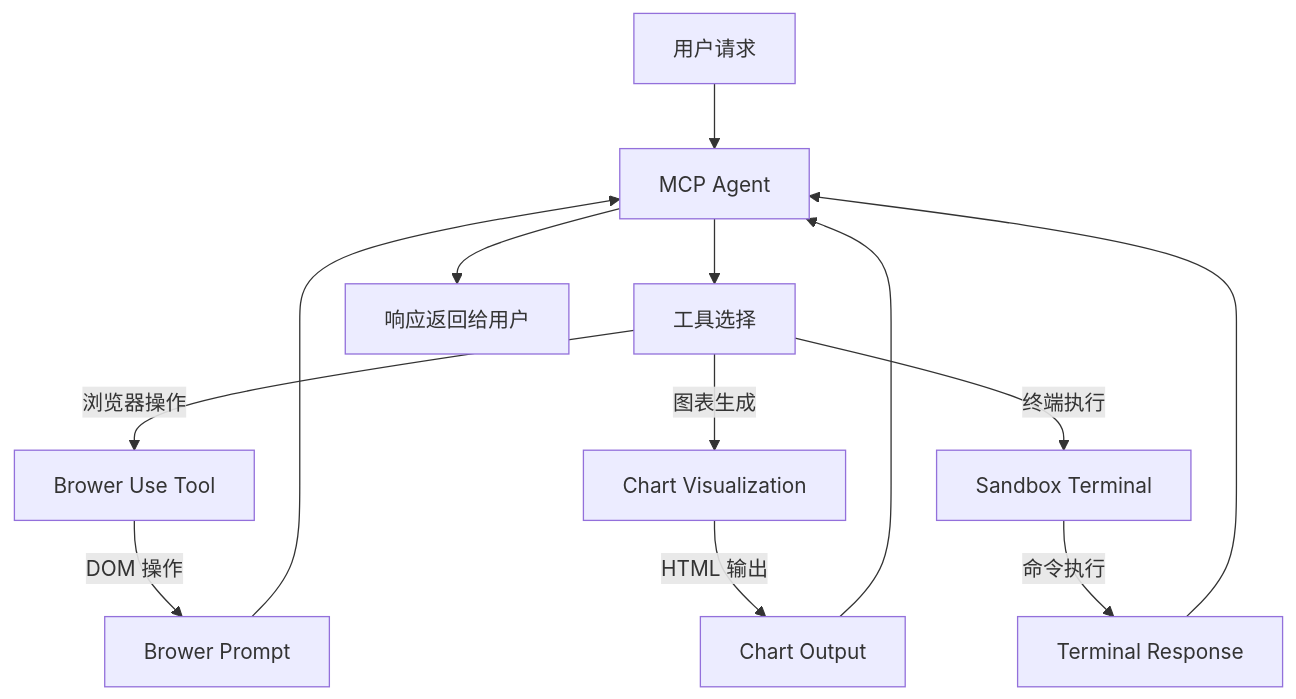
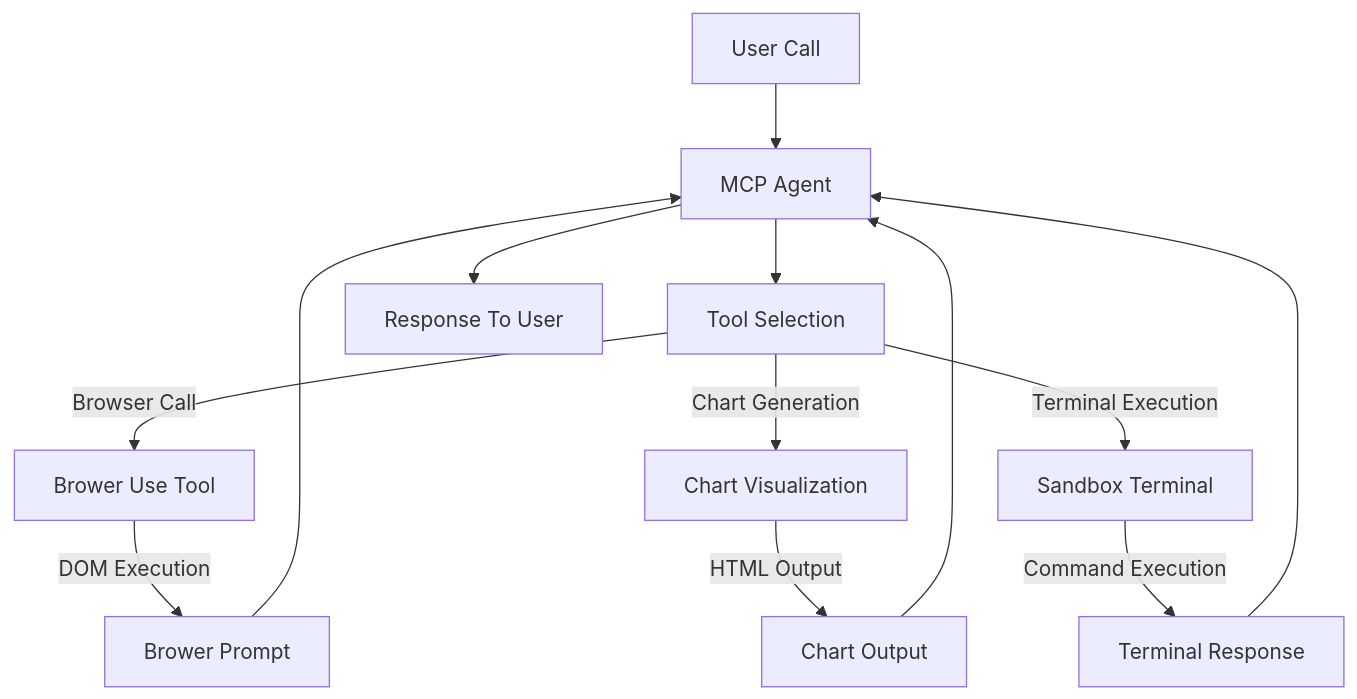
One commit to 517pacifikal/notes changed the ninth of 28 diagrams in 开源项目通读/open_manus.md. Above: the diagram before and after it, drawn with Mermaid. The commit also changed other lines of this file, not shown here.

Commit message:
fix open manus charter error

````diff
--- a/开源项目通读/open_manus.md
+++ b/开源项目通读/open_manus.md
@@ -691,15 +691,15 @@
 ```mermaid
 graph TD
-    U[用户请求] --> M[MCP Agent]
-    M --> T[工具选择]
-    T -->|浏览器操作| BT[Brower Use Tool]
-    T -->|图表生成| CT[Chart Visualization]
-    T -->|终端执行| ST[Sandbox Terminal]
-    BT -->|DOM 操作| BP[Brower Prompt]
-    CT -->|HTML 输出| CH[Chart Output]
-    ST -->|命令执行| TR[Terminal Response]
+    U[User Call] --> M[MCP Agent]
+    M --> T[Tool Selection]
+    T -->|Browser Call| BT[Brower Use Tool]
+    T -->|Chart Generation| CT[Chart Visualization]
+    T -->|Terminal Execution| ST[Sandbox Terminal]
+    BT -->|DOM Execution| BP[Brower Prompt]
+    CT -->|HTML Output| CH[Chart Output]
+    ST -->|Command Execution| TR[Terminal Response]
     TR --> M
     CH --> M
     BP --> M
-    M --> R[响应返回给用户]
+    M --> R[Response To User]
 ```
````
